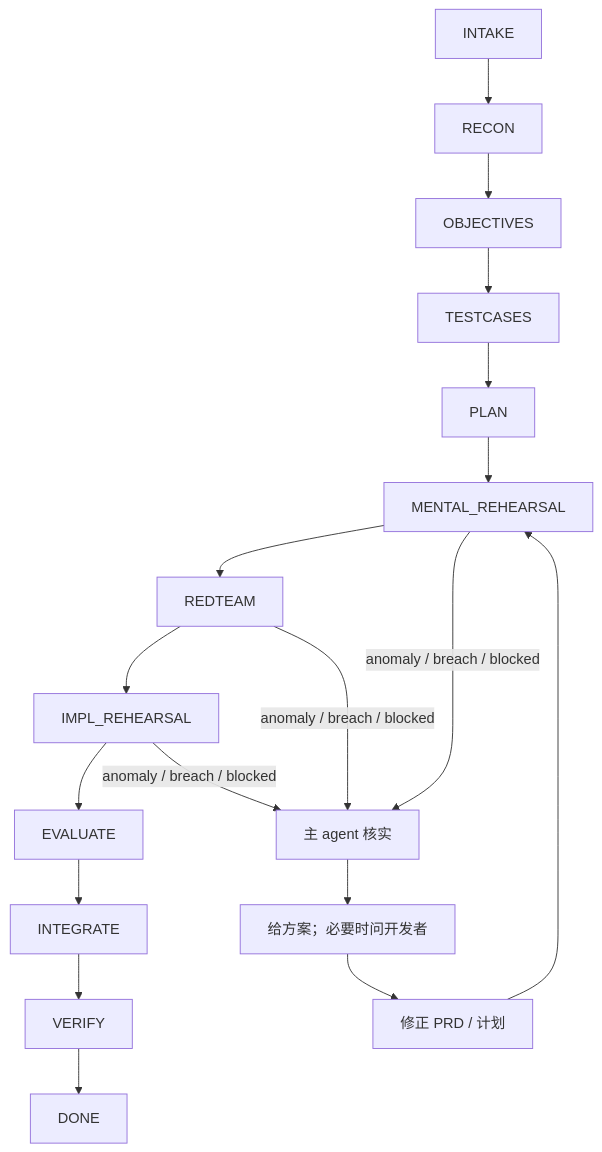
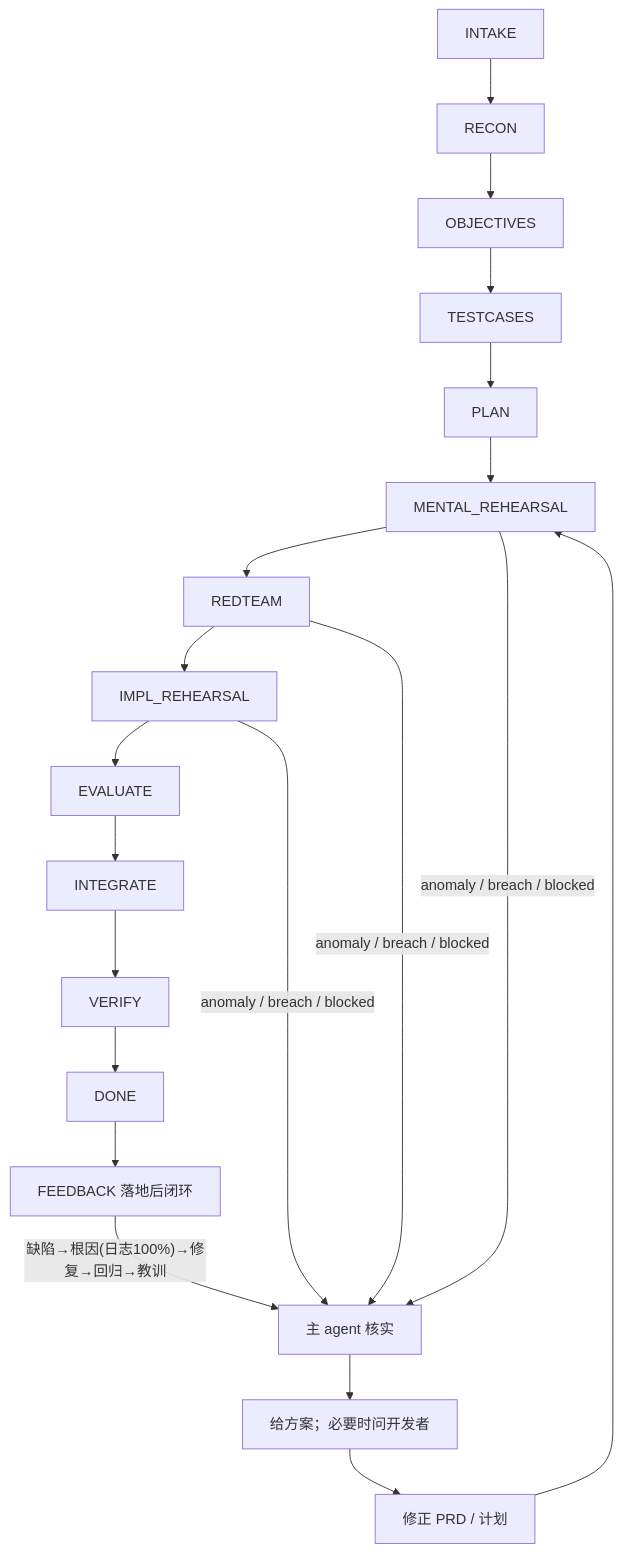
One commit to andoop/sandtable changed the diagram in README.md. Above: the diagram before and after it, drawn with Mermaid. The commit also changed other lines of this file and 169 other files, not shown here.

````diff
--- a/README.md
+++ b/README.md
@@ -22,20 +22,22 @@
 ```mermaid
 flowchart TD
   A[INTAKE] --> B[RECON]
   B --> C[OBJECTIVES]
   C --> D[TESTCASES]
   D --> E[PLAN]
   E --> F[MENTAL_REHEARSAL]
   F --> G[REDTEAM]
   G --> H[IMPL_REHEARSAL]
   H --> I[EVALUATE]
   I --> J[INTEGRATE]
   J --> K[VERIFY]
   K --> L[DONE]
-  F -- anomaly / breach / blocked --> M[主 agent 核实]
+  L --> P[FEEDBACK 落地后闭环]
+  P -- 缺陷→根因(日志100%)→修复→回归→教训 --> M[主 agent 核实]
+  F -- anomaly / breach / blocked --> M
   G -- anomaly / breach / blocked --> M
   H -- anomaly / breach / blocked --> M
   M --> R[给方案；必要时问开发者]
   R --> N[修正 PRD / 计划]
   N --> F
 ```
````
